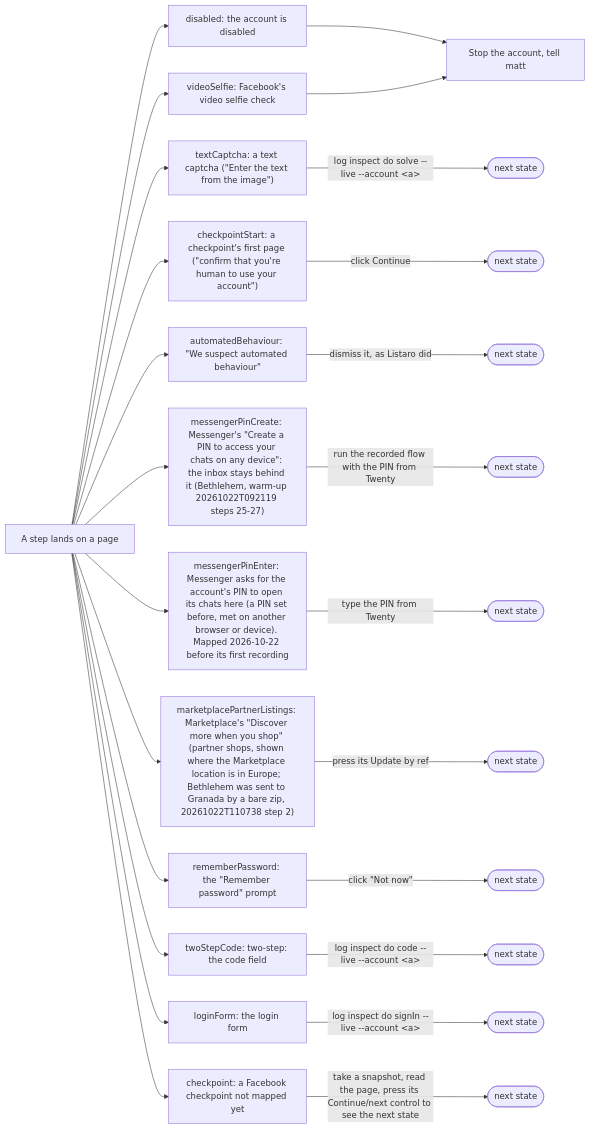
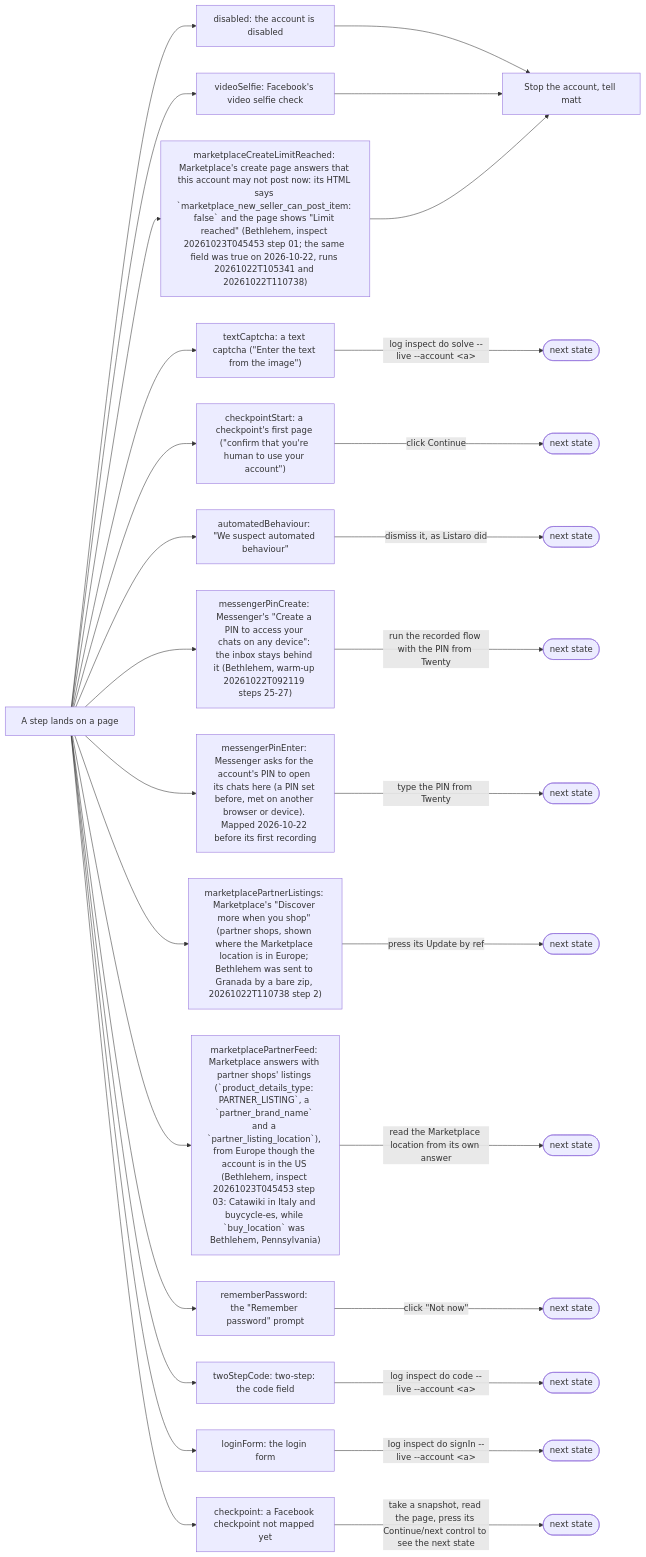
One commit to matthewdonsemail-lab/log changed the diagram in docs/diagrams/pageStates.mmd. Above: the diagram before and after it, drawn with Mermaid. The commit also changed 24 other files, not shown here.

First line of the commit message:
feat: Limit reached and partner listings are page states decided by Facebook's answers, and a warm-up like passes on its answer

```diff
--- a/docs/diagrams/pageStates.mmd
+++ b/docs/diagrams/pageStates.mmd
@@ -1,41 +1,47 @@
 %% Known page states (rule 54). From `PAGE_STATES` (`src/browser/flow/helpers/pageState.ts`), first match wins. The hooks report each with its resolver; only a person's state stops the account.
 %% Written by `bun run docs:build` from the code (rule 56). Not edited by hand.
 flowchart LR
   page["A step lands on a page"]
   person["Stop the account, tell matt"]
   disabled["disabled: the account is disabled"]
   page --> disabled
   disabled --> person
   videoSelfie["videoSelfie: Facebook's video selfie check"]
   page --> videoSelfie
   videoSelfie --> person
   textCaptcha["textCaptcha: a text captcha (#quot;Enter the text from the image#quot;)"]
   page --> textCaptcha
   textCaptcha -->|"log inspect do solve --live --account #lt;a#gt;"| nexttextCaptcha(["next state"])
   checkpointStart["checkpointStart: a checkpoint's first page (#quot;confirm that you're human to use your account#quot;)"]
   page --> checkpointStart
   checkpointStart -->|"click Continue"| nextcheckpointStart(["next state"])
   automatedBehaviour["automatedBehaviour: #quot;We suspect automated behaviour#quot;"]
   page --> automatedBehaviour
   automatedBehaviour -->|"dismiss it, as Listaro did"| nextautomatedBehaviour(["next state"])
   messengerPinCreate["messengerPinCreate: Messenger's #quot;Create a PIN to access your chats on any device#quot;: the inbox stays behind it (Bethlehem, warm-up 20261022T092119 steps 25-27)"]
   page --> messengerPinCreate
   messengerPinCreate -->|"run the recorded flow with the PIN from Twenty"| nextmessengerPinCreate(["next state"])
   messengerPinEnter["messengerPinEnter: Messenger asks for the account's PIN to open its chats here (a PIN set before, met on another browser or device). Mapped 2026-10-22 before its first recording"]
   page --> messengerPinEnter
   messengerPinEnter -->|"type the PIN from Twenty"| nextmessengerPinEnter(["next state"])
   marketplacePartnerListings["marketplacePartnerListings: Marketplace's #quot;Discover more when you shop#quot; (partner shops, shown where the Marketplace location is in Europe#59; Bethlehem was sent to Granada by a bare zip, 20261022T110738 step 2)"]
   page --> marketplacePartnerListings
   marketplacePartnerListings -->|"press its Update by ref"| nextmarketplacePartnerListings(["next state"])
+  marketplaceCreateLimitReached["marketplaceCreateLimitReached: Marketplace's create page answers that this account may not post now: its HTML says `marketplace_new_seller_can_post_item: false` and the page shows #quot;Limit reached#quot; (Bethlehem, inspect 20261023T045453 step 01#59; the same field was true on 2026-10-22, runs 20261022T105341 and 20261022T110738)"]
+  page --> marketplaceCreateLimitReached
+  marketplaceCreateLimitReached --> person
+  marketplacePartnerFeed["marketplacePartnerFeed: Marketplace answers with partner shops' listings (`product_details_type: PARTNER_LISTING`, a `partner_brand_name` and a `partner_listing_location`), from Europe though the account is in the US (Bethlehem, inspect 20261023T045453 step 03: Catawiki in Italy and buycycle-es, while `buy_location` was Bethlehem, Pennsylvania)"]
+  page --> marketplacePartnerFeed
+  marketplacePartnerFeed -->|"read the Marketplace location from its own answer"| nextmarketplacePartnerFeed(["next state"])
   rememberPassword["rememberPassword: the #quot;Remember password#quot; prompt"]
   page --> rememberPassword
   rememberPassword -->|"click #quot;Not now#quot;"| nextrememberPassword(["next state"])
   twoStepCode["twoStepCode: two-step: the code field"]
   page --> twoStepCode
   twoStepCode -->|"log inspect do code --live --account #lt;a#gt;"| nexttwoStepCode(["next state"])
   loginForm["loginForm: the login form"]
   page --> loginForm
   loginForm -->|"log inspect do signIn --live --account #lt;a#gt;"| nextloginForm(["next state"])
   checkpoint["checkpoint: a Facebook checkpoint not mapped yet"]
   page --> checkpoint
   checkpoint -->|"take a snapshot, read the page, press its Continue/next control to see the next state"| nextcheckpoint(["next state"])
```
